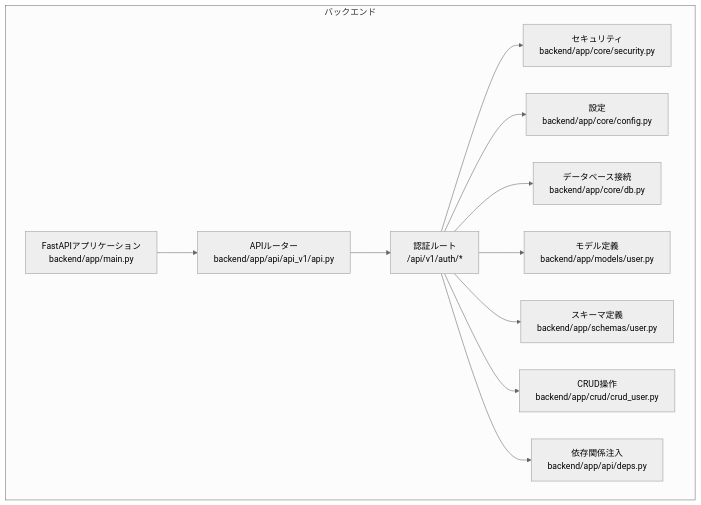
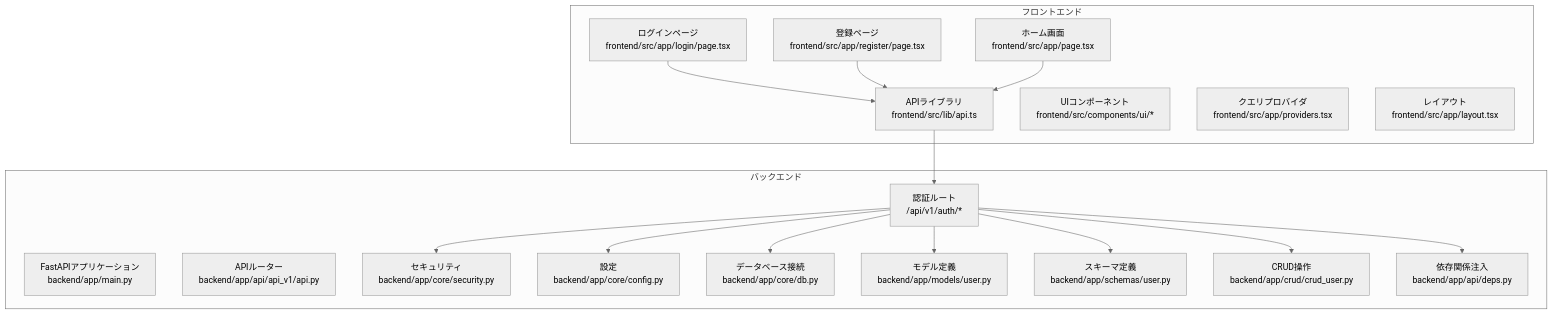
The first of 3 diagrams in .qoder/repowiki/ja/content/APIリファレンス/認証API.md (ss8806/Todos), drawn with Mermaid (neutral theme) before and after one commit. The commit also changed other lines of this file and 3 other files, not shown here.

````diff
--- a/.qoder/repowiki/ja/content/APIリファレンス/認証API.md
+++ b/.qoder/repowiki/ja/content/APIリファレンス/認証API.md
@@ -46,24 +54,35 @@
 ```mermaid
 graph TB
 subgraph "バックエンド"
 APP["FastAPIアプリケーション<br/>backend/app/main.py"]
 ROUTER["APIルーター<br/>backend/app/api/api_v1/api.py"]
 AUTH["認証ルート<br/>/api/v1/auth/*"]
 SECURITY["セキュリティ<br/>backend/app/core/security.py"]
 CONFIG["設定<br/>backend/app/core/config.py"]
 DB["データベース接続<br/>backend/app/core/db.py"]
 MODELS["モデル定義<br/>backend/app/models/user.py"]
 SCHEMAS["スキーマ定義<br/>backend/app/schemas/user.py"]
 CRUD["CRUD操作<br/>backend/app/crud/crud_user.py"]
 DEPS["依存関係注入<br/>backend/app/api/deps.py"]
 end
-APP --> ROUTER
-ROUTER --> AUTH
+subgraph "フロントエンド"
+LOGIN["ログインページ<br/>frontend/src/app/login/page.tsx"]
+REGISTER["登録ページ<br/>frontend/src/app/register/page.tsx"]
+API["APIライブラリ<br/>frontend/src/lib/api.ts"]
+UI["UIコンポーネント<br/>frontend/src/components/ui/*"]
+PROVIDERS["クエリプロバイダ<br/>frontend/src/app/providers.tsx"]
+LAYOUT["レイアウト<br/>frontend/src/app/layout.tsx"]
+HOME["ホーム画面<br/>frontend/src/app/page.tsx"]
+end
+LOGIN --> API
+REGISTER --> API
+HOME --> API
+API --> AUTH
 AUTH --> SECURITY
 AUTH --> CONFIG
 AUTH --> DB
 AUTH --> MODELS
 AUTH --> SCHEMAS
 AUTH --> CRUD
 AUTH --> DEPS
 ```
````
